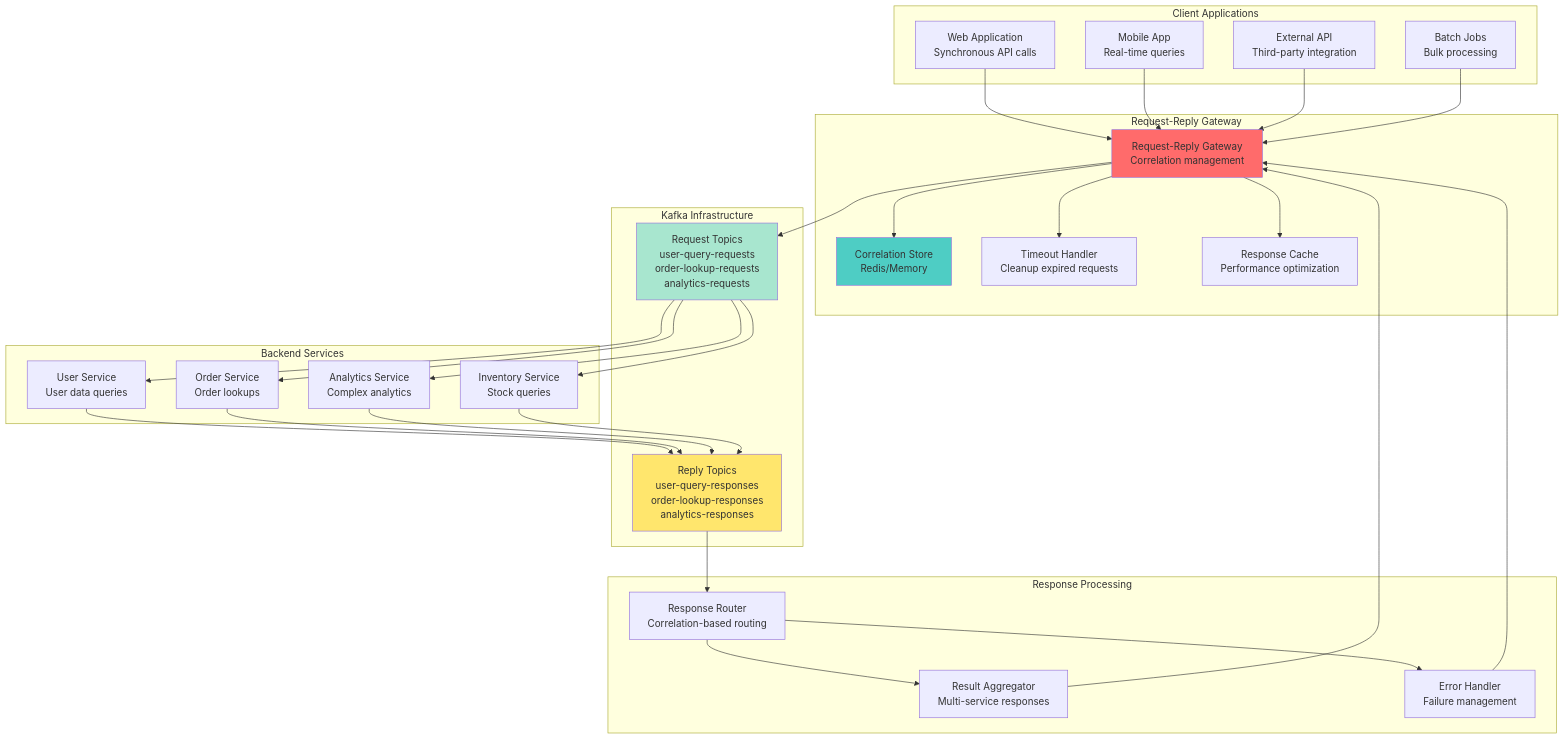
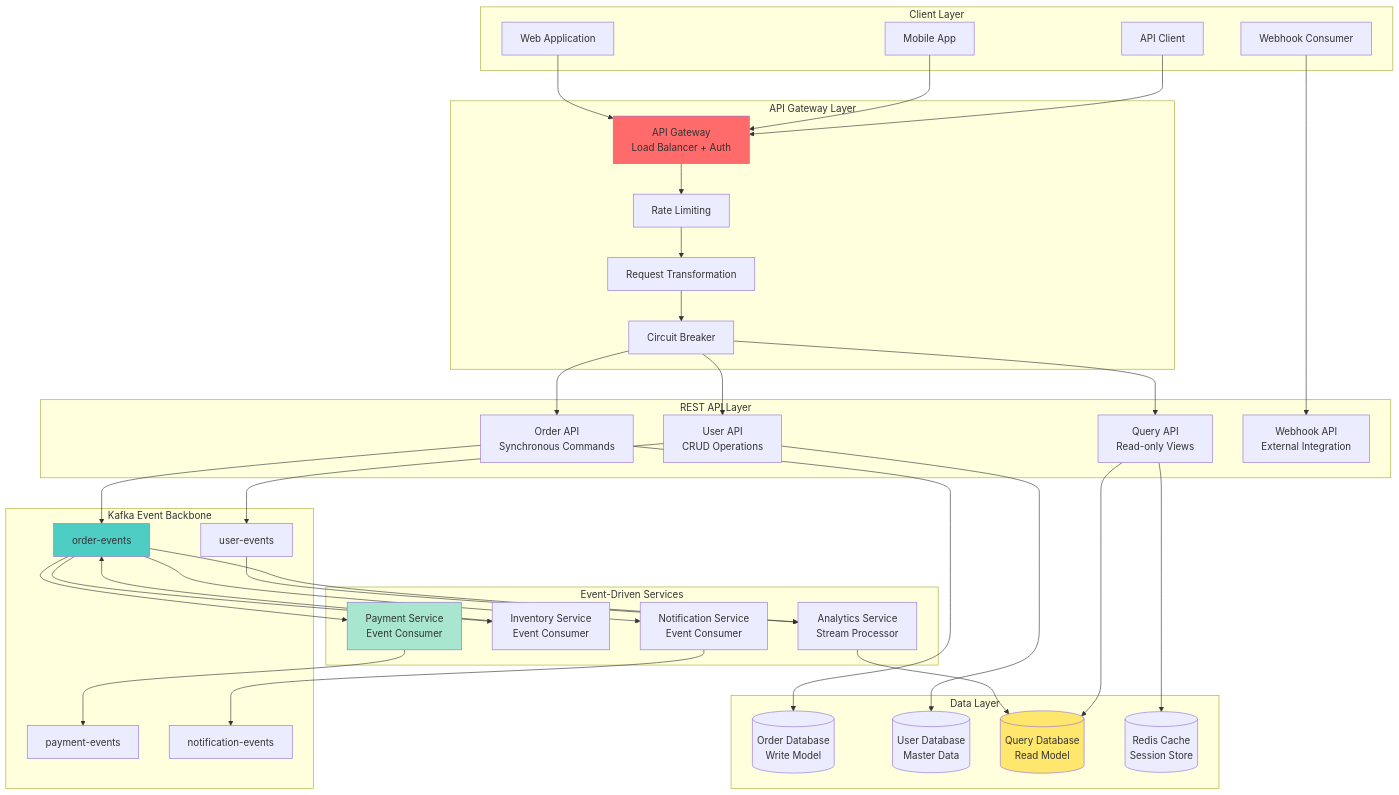
Before and after one commit to vorrawut/KafkaStarter: the first of 5 diagrams in class/workshop/lesson_13/README.md, drawn with Mermaid. The commit also changed other lines of this file and 204 other files, not shown here.

````diff
--- a/class/workshop/lesson_13/README.md
+++ b/class/workshop/lesson_13/README.md
@@ -24,66 +24,82 @@
 ```mermaid
 graph TB
-    subgraph "Client Applications"
-        WEB[Web Application<br/>Synchronous API calls]
-        MOBILE[Mobile App<br/>Real-time queries]
-        API[External API<br/>Third-party integration]
-        BATCH[Batch Jobs<br/>Bulk processing]
+    subgraph "Client Layer"
+        WEB[Web Application]
+        MOBILE[Mobile App]
+        API_CLIENT[API Client]
+        WEBHOOK[Webhook Consumer]
     end
     
-    subgraph "Request-Reply Gateway"
-        GATEWAY[Request-Reply Gateway<br/>Correlation management]
-        CORRELATION[Correlation Store<br/>Redis/Memory]
-        TIMEOUT[Timeout Handler<br/>Cleanup expired requests]
-        RESPONSE_CACHE[Response Cache<br/>Performance optimization]
+    subgraph "API Gateway Layer"
+        GATEWAY[API Gateway<br/>Load Balancer + Auth]
+        RATE_LIMIT[Rate Limiting]
+        TRANSFORM[Request Transformation]
+        CIRCUIT[Circuit Breaker]
     end
     
-    subgraph "Kafka Infrastructure"
-        REQUEST_TOPIC[Request Topics<br/>user-query-requests<br/>order-lookup-requests<br/>analytics-requests]
-        REPLY_TOPIC[Reply Topics<br/>user-query-responses<br/>order-lookup-responses<br/>analytics-responses]
+    subgraph "REST API Layer"
+        ORDER_API[Order API<br/>Synchronous Commands]
+        USER_API[User API<br/>CRUD Operations]
+        QUERY_API[Query API<br/>Read-only Views]
+        WEBHOOK_API[Webhook API<br/>External Integration]
     end
     
-    subgraph "Backend Services"
-        USER_SVC[User Service<br/>User data queries]
-        ORDER_SVC[Order Service<br/>Order lookups]
-        ANALYTICS_SVC[Analytics Service<br/>Complex analytics]
-        INVENTORY_SVC[Inventory Service<br/>Stock queries]
+    subgraph "Kafka Event Backbone"
+        ORDER_EVENTS[order-events]
+        USER_EVENTS[user-events]
+        PAYMENT_EVENTS[payment-events]
+        NOTIFICATION_EVENTS[notification-events]
     end
     
-    subgraph "Response Processing"
-        RESPONSE_ROUTER[Response Router<br/>Correlation-based routing]
-        RESULT_AGGREGATOR[Result Aggregator<br/>Multi-service responses]
-        ERROR_HANDLER[Error Handler<br/>Failure management]
+    subgraph "Event-Driven Services"
+        PAYMENT_SVC[Payment Service<br/>Event Consumer]
+        INVENTORY_SVC[Inventory Service<br/>Event Consumer]
+        NOTIFICATION_SVC[Notification Service<br/>Event Consumer]
+        ANALYTICS_SVC[Analytics Service<br/>Stream Processor]
+    end
+    
+    subgraph "Data Layer"
+        ORDER_DB[(Order Database<br/>Write Model)]
+        USER_DB[(User Database<br/>Master Data)]
+        QUERY_DB[(Query Database<br/>Read Model)]
+        CACHE[(Redis Cache<br/>Session Store)]
     end
     
     WEB --> GATEWAY
     MOBILE --> GATEWAY
-    API --> GATEWAY
-    BATCH --> GATEWAY
+    API_CLIENT --> GATEWAY
+    WEBHOOK --> WEBHOOK_API
     
-    GATEWAY --> CORRELATION
-    GATEWAY --> TIMEOUT
-    GATEWAY --> RESPONSE_CACHE
+    GATEWAY --> RATE_LIMIT
+    RATE_LIMIT --> TRANSFORM
+    TRANSFORM --> CIRCUIT
     
-    GATEWAY --> REQUEST_TOPIC
-    REQUEST_TOPIC --> USER_SVC
-    REQUEST_TOPIC --> ORDER_SVC
-    REQUEST_TOPIC --> ANALYTICS_SVC
-    REQUEST_TOPIC --> INVENTORY_SVC
+    CIRCUIT --> ORDER_API
+    CIRCUIT --> USER_API
+    CIRCUIT --> QUERY_API
     
-    USER_SVC --> REPLY_TOPIC
-    ORDER_SVC --> REPLY_TOPIC
-    ANALYTICS_SVC --> REPLY_TOPIC
-    INVENTORY_SVC --> REPLY_TOPIC
+    ORDER_API --> ORDER_EVENTS
+    USER_API --> USER_EVENTS
+    ORDER_API --> ORDER_DB
+    USER_API --> USER_DB
     
-    REPLY_TOPIC --> RESPONSE_ROUTER
-    RESPONSE_ROUTER --> RESULT_AGGREGATOR
-    RESPONSE_ROUTER --> ERROR_HANDLER
+    ORDER_EVENTS --> PAYMENT_SVC
+    ORDER_EVENTS --> INVENTORY_SVC
+    ORDER_EVENTS --> NOTIFICATION_SVC
     
-    RESULT_AGGREGATOR --> GATEWAY
-    ERROR_HANDLER --> GATEWAY
+    PAYMENT_SVC --> PAYMENT_EVENTS
+    INVENTORY_SVC --> ORDER_EVENTS
+    NOTIFICATION_SVC --> NOTIFICATION_EVENTS
+    
+    USER_EVENTS --> ANALYTICS_SVC
+    ORDER_EVENTS --> ANALYTICS_SVC
+    ANALYTICS_SVC --> QUERY_DB
+    
+    QUERY_API --> QUERY_DB
+    QUERY_API --> CACHE
     
     style GATEWAY fill:#ff6b6b
-    style CORRELATION fill:#4ecdc4
-    style REQUEST_TOPIC fill:#a8e6cf
-    style REPLY_TOPIC fill:#ffe66d
+    style ORDER_EVENTS fill:#4ecdc4
+    style PAYMENT_SVC fill:#a8e6cf
+    style QUERY_DB fill:#ffe66d
 ```
````
